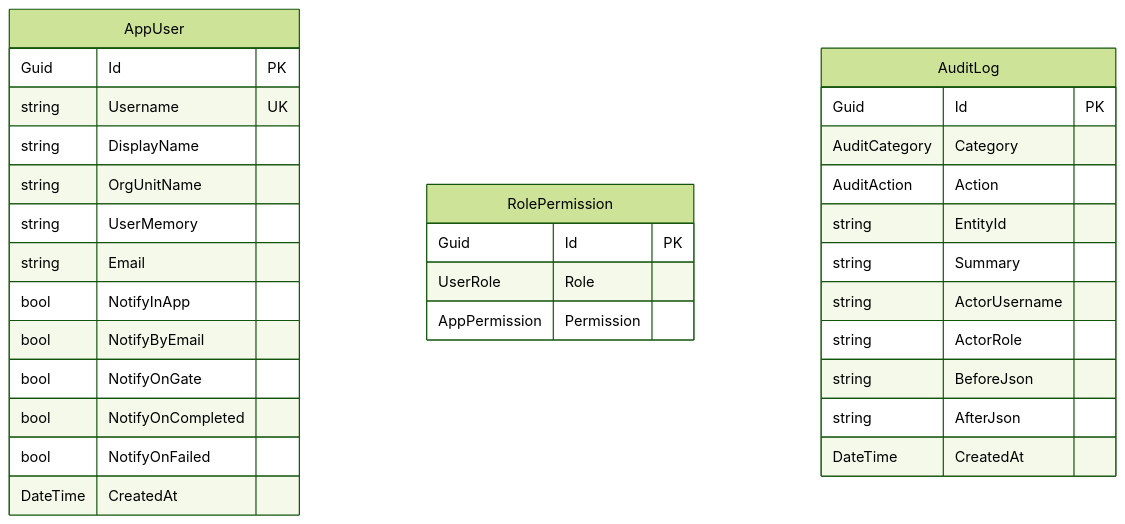
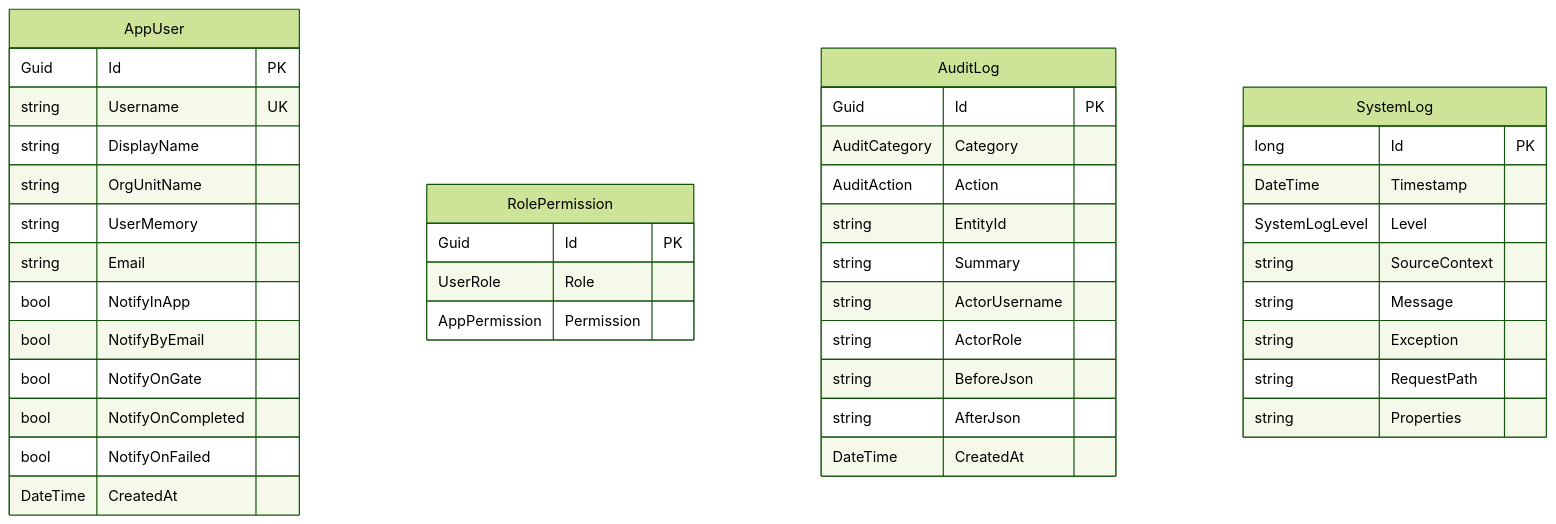
Before and after one commit to Songlong0506/ICOGenerator-v4: the sixth of 9 diagrams in docs/data-model.md, drawn with Mermaid (forest theme). The commit also changed other lines of this file and 26 other files, not shown here.

First line of the commit message:
Chép log Warning/Error vào bảng SystemLogs + màn System Logs

````diff
--- a/docs/data-model.md
+++ b/docs/data-model.md
@@ -369,37 +370,48 @@
 ```mermaid
 erDiagram
     AppUser {
         Guid Id PK
         string Username UK
         string DisplayName
         string OrgUnitName
         string UserMemory
         string Email
         bool NotifyInApp
         bool NotifyByEmail
         bool NotifyOnGate
         bool NotifyOnCompleted
         bool NotifyOnFailed
         DateTime CreatedAt
     }
 
 
     RolePermission {
         Guid Id PK
         UserRole Role
         AppPermission Permission
     }
 
     AuditLog {
         Guid Id PK
         AuditCategory Category
         AuditAction Action
         string EntityId
         string Summary
         string ActorUsername
         string ActorRole
         string BeforeJson
         string AfterJson
         DateTime CreatedAt
     }
+
+    SystemLog {
+        long Id PK
+        DateTime Timestamp
+        SystemLogLevel Level
+        string SourceContext
+        string Message
+        string Exception
+        string RequestPath
+        string Properties
+    }
 ```
````
